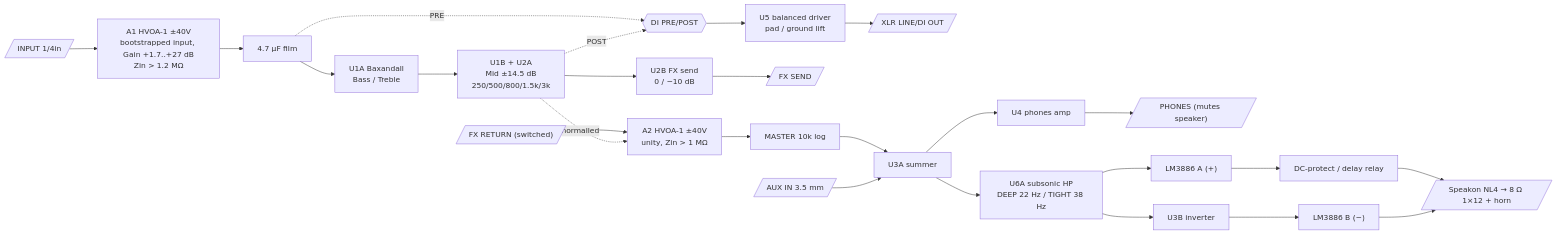
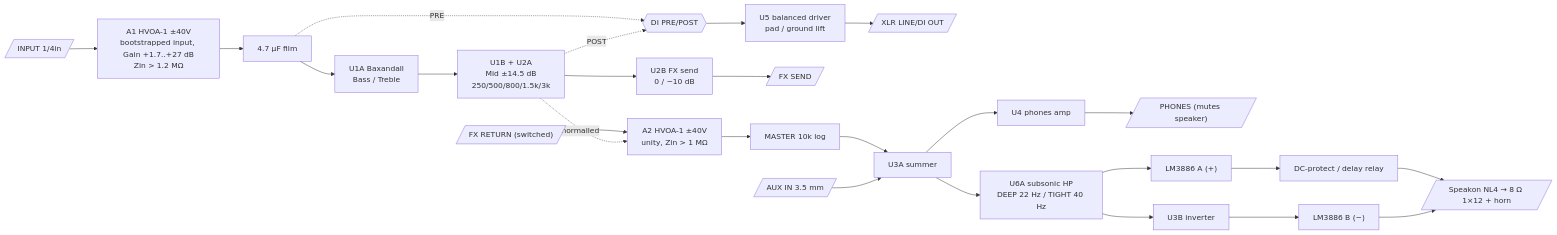
One commit to marcelt101/Spy_Cadet changed the diagram in bass-amp/README.md. Above: the diagram before and after it, drawn with Mermaid. The commit also changed other lines of this file and 29 other files, not shown here.

````diff
--- a/bass-amp/README.md
+++ b/bass-amp/README.md
@@ -38,21 +38,21 @@
 ```mermaid
 flowchart LR
   IN[/"INPUT 1/4in"/] --> A1["A1 HVOA-1 ±40V<br/>bootstrapped input, Gain +1.7..+27 dB<br/>Zin > 1.2 MΩ"]
   A1 --> CPL1["4.7 µF film"]
   CPL1 --> EQ1["U1A Baxandall<br/>Bass / Treble"]
   EQ1 --> EQ2["U1B + U2A<br/>Mid ±14.5 dB<br/>250/500/800/1.5k/3k"]
   CPL1 -. PRE .-> SEL{{"DI PRE/POST"}}
   EQ2 -. POST .-> SEL
   SEL --> DI["U5 balanced driver<br/>pad / ground lift"] --> XLR[/"XLR LINE/DI OUT"/]
   EQ2 --> SEND["U2B FX send<br/>0 / −10 dB"] --> FXS[/"FX SEND"/]
   FXR[/"FX RETURN (switched)"/] --> A2["A2 HVOA-1 ±40V<br/>unity, Zin > 1 MΩ"]
   EQ2 -. normalled .-> A2
   A2 --> MV["MASTER 10k log"] --> MIX["U3A summer"]
   AUX[/"AUX IN 3.5 mm"/] --> MIX
   MIX --> HP["U4 phones amp"] --> PH[/"PHONES (mutes speaker)"/]
-  MIX --> SUB["U6A subsonic HP<br/>DEEP 22 Hz / TIGHT 38 Hz"]
+  MIX --> SUB["U6A subsonic HP<br/>DEEP 22 Hz / TIGHT 40 Hz"]
   SUB --> PA1["LM3886 A (+)"]
   SUB --> INV["U3B inverter"] --> PA2["LM3886 B (−)"]
   PA1 --> RLY["DC-protect / delay relay"] --> SPK[/"Speakon NL4 → 8 Ω 1×12 + horn"/]
   PA2 --> SPK
 ```
````
